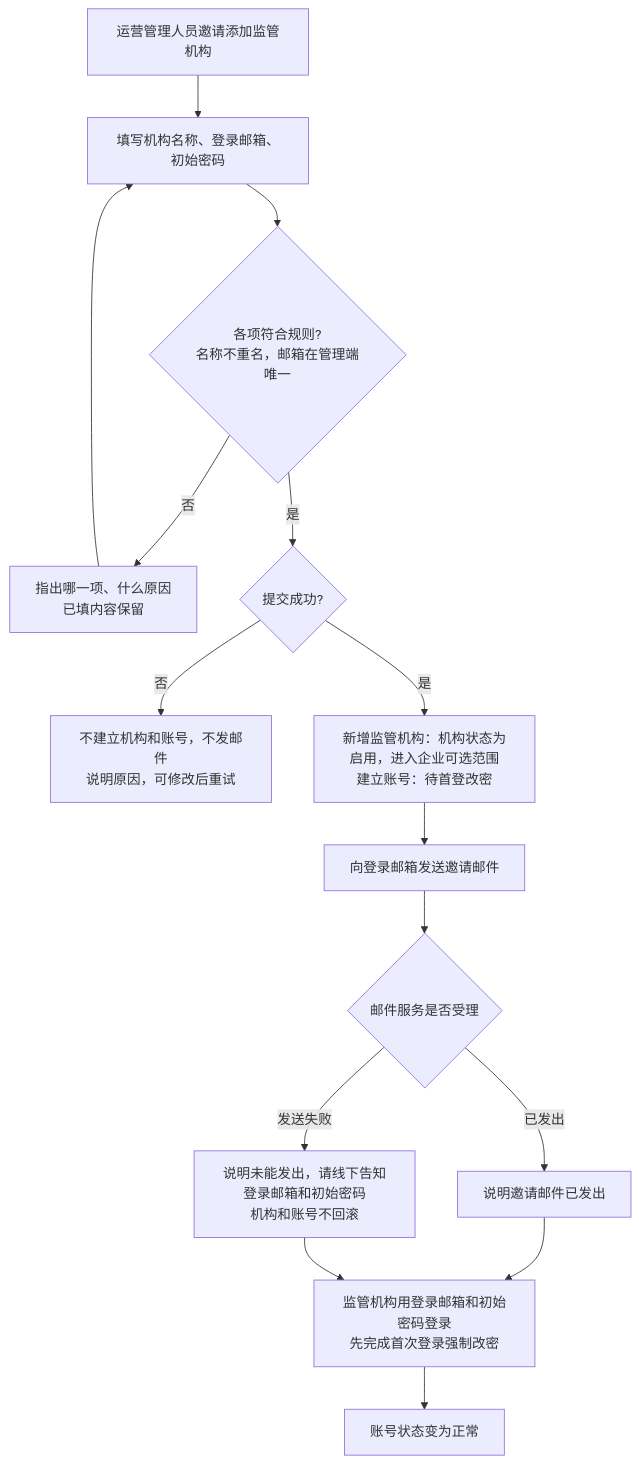
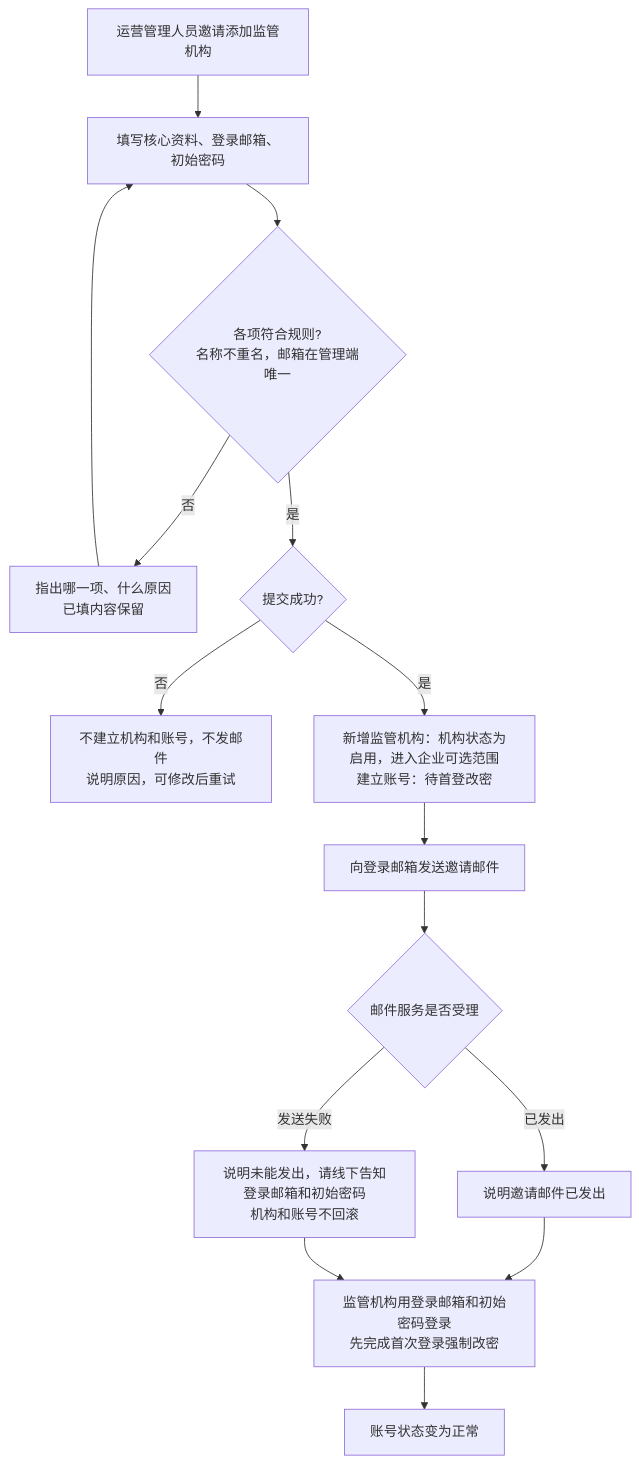
The first of 4 diagrams in token-issuance-platform/PRD/v1.0-监管机构管理-流程图与状态机.md (wxblockchain/Chain-Financing), drawn with Mermaid before and after one commit. The commit also changed other lines of this file and 9 other files, not shown here.

````diff
--- a/token-issuance-platform/PRD/v1.0-监管机构管理-流程图与状态机.md
+++ b/token-issuance-platform/PRD/v1.0-监管机构管理-流程图与状态机.md
@@ -19,17 +21,17 @@
 ```mermaid
 flowchart TD
-    A[运营管理人员邀请添加监管机构] --> B[填写机构名称、登录邮箱、初始密码]
+    A[运营管理人员邀请添加监管机构] --> B[填写核心资料、登录邮箱、初始密码]
     B --> C{各项符合规则?<br/>名称不重名，邮箱在管理端唯一}
     C -->|否| C1[指出哪一项、什么原因<br/>已填内容保留]
     C1 --> B
     C -->|是| D{提交成功?}
     D -->|否| D1[不建立机构和账号，不发邮件<br/>说明原因，可修改后重试]
     D -->|是| E[新增监管机构：机构状态为启用，进入企业可选范围<br/>建立账号：待首登改密]
     E --> F[向登录邮箱发送邀请邮件]
     F --> G{邮件服务是否受理}
     G -->|已发出| G1[说明邀请邮件已发出]
     G -->|发送失败| G2[说明未能发出，请线下告知登录邮箱和初始密码<br/>机构和账号不回滚]
     G1 --> H[监管机构用登录邮箱和初始密码登录<br/>先完成首次登录强制改密]
     G2 --> H
     H --> I[账号状态变为正常]
 ```
````
